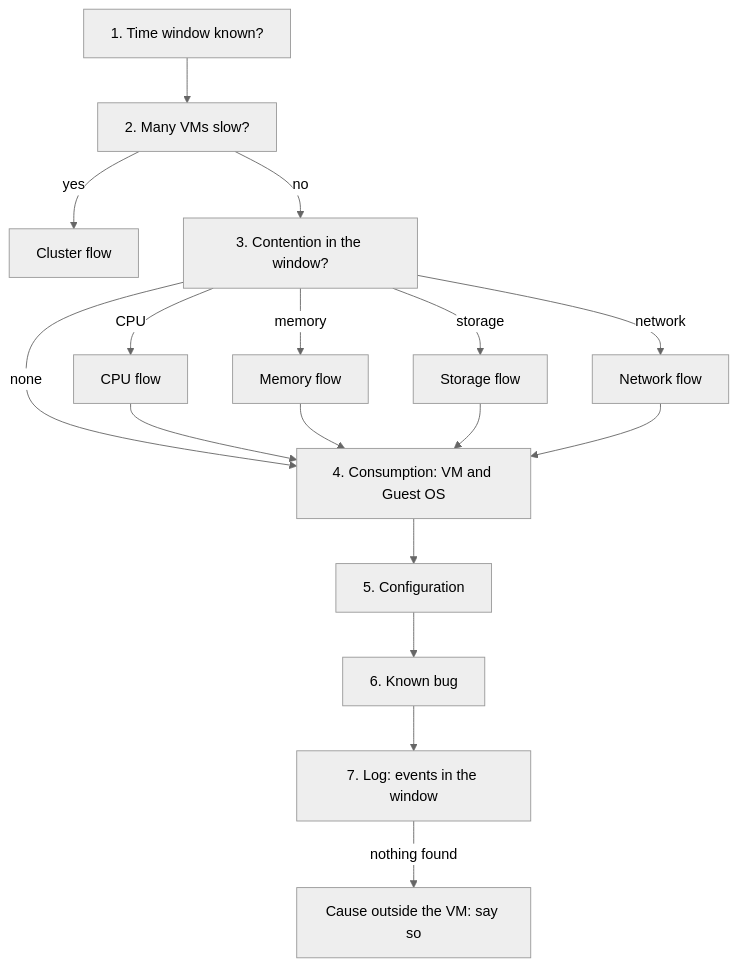
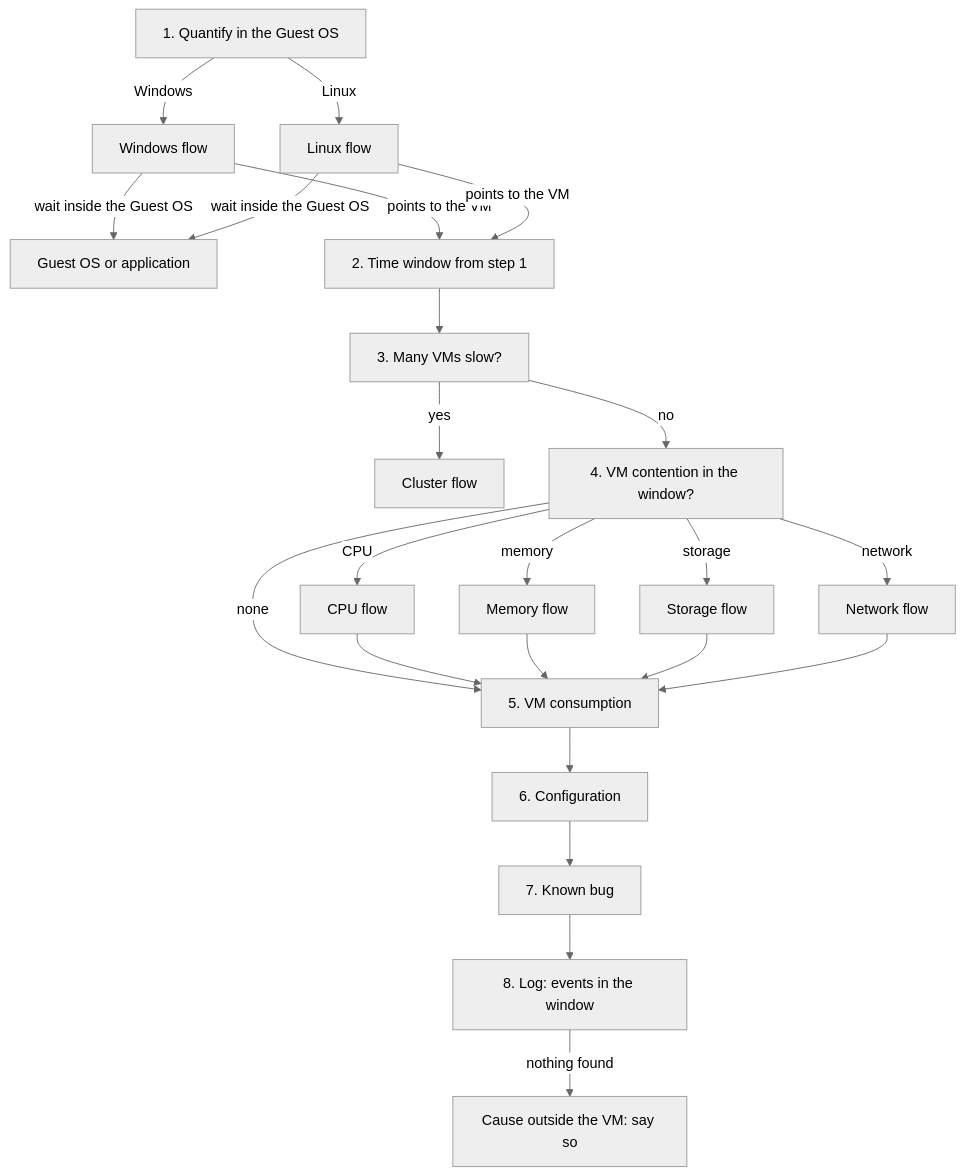
Before and after one commit to e1-rahabok/agent-e2: the diagram in knowledge/sp5-framework/performance/troubleshooting/vm-slow.md, drawn with Mermaid (neutral theme). The commit also changed other lines of this file and 14 other files, not shown here.

````diff
--- a/knowledge/sp5-framework/performance/troubleshooting/vm-slow.md
+++ b/knowledge/sp5-framework/performance/troubleshooting/vm-slow.md
@@ -8,16 +9,20 @@
 ```mermaid
 flowchart TD
-  S1[1. Time window known?] --> S2[2. Many VMs slow?]
-  S2 -->|yes| E2[Cluster flow]
-  S2 -->|no| S3[3. Contention in the window?]
-  S3 -->|CPU| E3a[CPU flow]
-  S3 -->|memory| E3b[Memory flow]
-  S3 -->|storage| E3c[Storage flow]
-  S3 -->|network| E3d[Network flow]
-  S3 -->|none| S4[4. Consumption: VM and Guest OS]
-  E3a & E3b & E3c & E3d --> S4
-  S4 --> S5[5. Configuration]
-  S5 --> S6[6. Known bug]
-  S6 --> S7[7. Log: events in the window]
-  S7 -->|nothing found| E7[Cause outside the VM: say so]
+  S1[1. Quantify in the Guest OS] -->|Windows| G1[Windows flow]
+  S1 -->|Linux| G2[Linux flow]
+  G1 & G2 -->|wait inside the Guest OS| E1[Guest OS or application]
+  G1 & G2 -->|points to the VM| S2[2. Time window from step 1]
+  S2 --> S3[3. Many VMs slow?]
+  S3 -->|yes| E3[Cluster flow]
+  S3 -->|no| S4[4. VM contention in the window?]
+  S4 -->|CPU| E4a[CPU flow]
+  S4 -->|memory| E4b[Memory flow]
+  S4 -->|storage| E4c[Storage flow]
+  S4 -->|network| E4d[Network flow]
+  S4 -->|none| S5[5. VM consumption]
+  E4a & E4b & E4c & E4d --> S5
+  S5 --> S6[6. Configuration]
+  S6 --> S7[7. Known bug]
+  S7 --> S8[8. Log: events in the window]
+  S8 -->|nothing found| E8[Cause outside the VM: say so]
 ```
````
